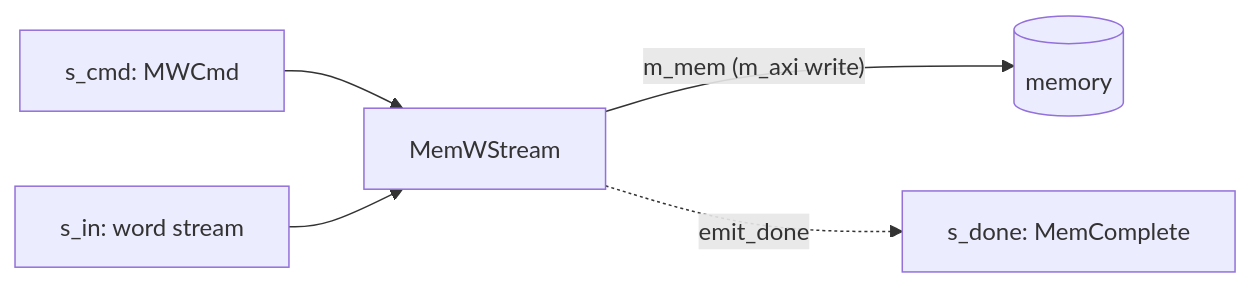
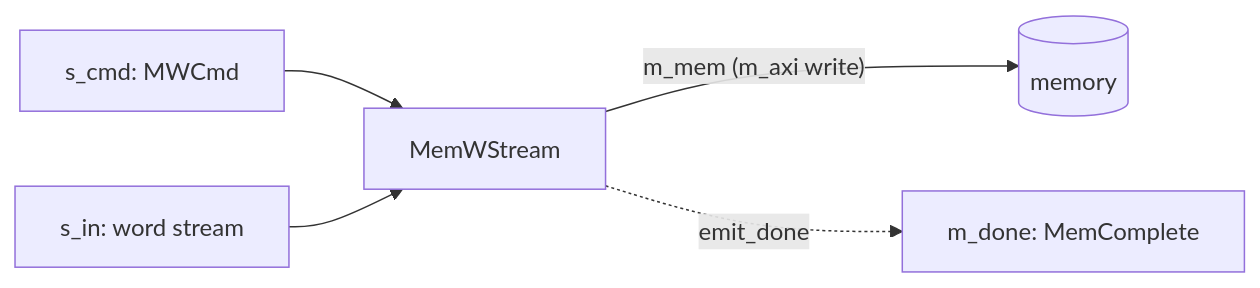
Before and after one commit to sdrangan/waveflow: the second of 2 diagrams in docs/guide/interface/axi_mm/master.md, drawn with Mermaid. The commit also changed other lines of this file and 32 other files, not shown here.

First line of the commit message:
mem_stream: the completion endpoint sends, so s_done becomes m_done

````diff
--- a/docs/guide/interface/axi_mm/master.md
+++ b/docs/guide/interface/axi_mm/master.md
@@ -78,7 +78,7 @@
 ```mermaid
 flowchart LR
     cmd["s_cmd: MWCmd"] --> W["MemWStream"]
     data["s_in: word stream"] --> W
     W -->|"m_mem (m_axi write)"| mem[("memory")]
-    W -. "emit_done" .-> done["s_done: MemComplete"]
+    W -. "emit_done" .-> done["m_done: MemComplete"]
 ```
````
